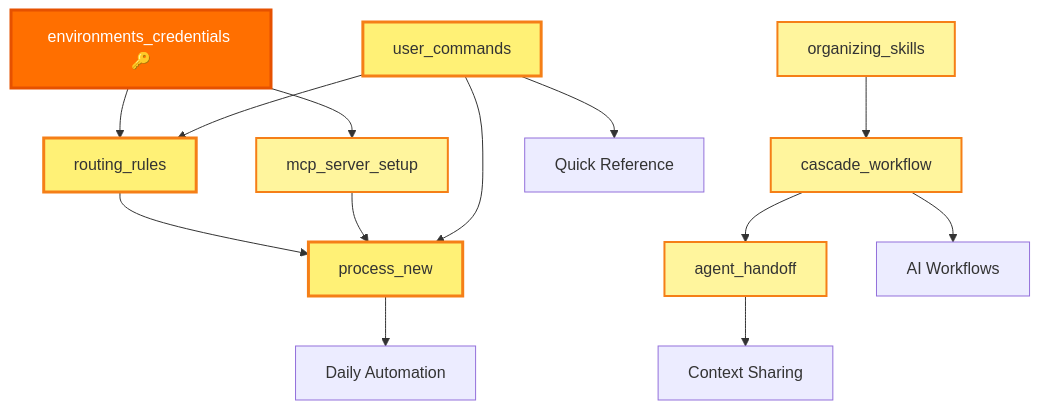
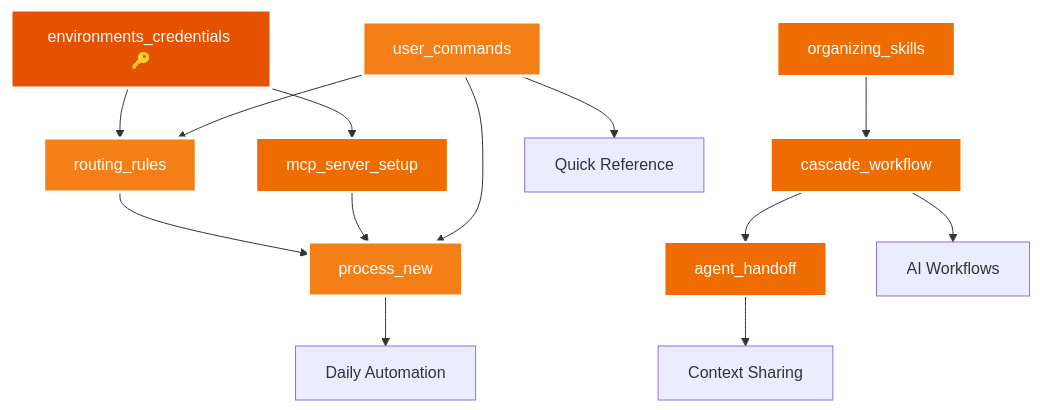
The sixth of 6 diagrams in README.md (adourish/skills), drawn with Mermaid before and after one commit. The commit also changed other lines of this file and 5 other files, not shown here.

````diff
--- a/README.md
+++ b/README.md
@@ -297,28 +671,28 @@
 ```mermaid
 graph TD
     EC[environments_credentials 🔑] --> RR[routing_rules]
     EC --> MCP[mcp_server_setup]
     
     RR --> PN[process_new]
     MCP --> PN
     
     UC[user_commands] --> PN
     UC --> RR
     
     CW[cascade_workflow] --> AH[agent_handoff]
     OS[organizing_skills] --> CW
     
     PN --> DAILY[Daily Automation]
     CW --> AI[AI Workflows]
     AH --> CONTEXT[Context Sharing]
     UC --> QUICK[Quick Reference]
     
-    style EC fill:#ff6f00,stroke:#e65100,stroke-width:3px,color:#fff
-    style UC fill:#fff176,stroke:#f57f17,stroke-width:3px
-    style RR fill:#fff176,stroke:#f57f17,stroke-width:3px
-    style PN fill:#fff176,stroke:#f57f17,stroke-width:3px
-    style MCP fill:#fff59d,stroke:#f57f17,stroke-width:2px
-    style CW fill:#fff59d,stroke:#f57f17,stroke-width:2px
-    style AH fill:#fff59d,stroke:#f57f17,stroke-width:2px
-    style OS fill:#fff59d,stroke:#f57f17,stroke-width:2px
+    style EC fill:#e65100,stroke:#ffffff,stroke-width:3px,color:#ffffff
+    style UC fill:#f57f17,stroke:#ffffff,stroke-width:3px,color:#ffffff
+    style RR fill:#f57f17,stroke:#ffffff,stroke-width:3px,color:#ffffff
+    style PN fill:#f57f17,stroke:#ffffff,stroke-width:3px,color:#ffffff
+    style MCP fill:#ef6c00,stroke:#ffffff,stroke-width:2px,color:#ffffff
+    style CW fill:#ef6c00,stroke:#ffffff,stroke-width:2px,color:#ffffff
+    style AH fill:#ef6c00,stroke:#ffffff,stroke-width:2px,color:#ffffff
+    style OS fill:#ef6c00,stroke:#ffffff,stroke-width:2px,color:#ffffff
 ```
````
